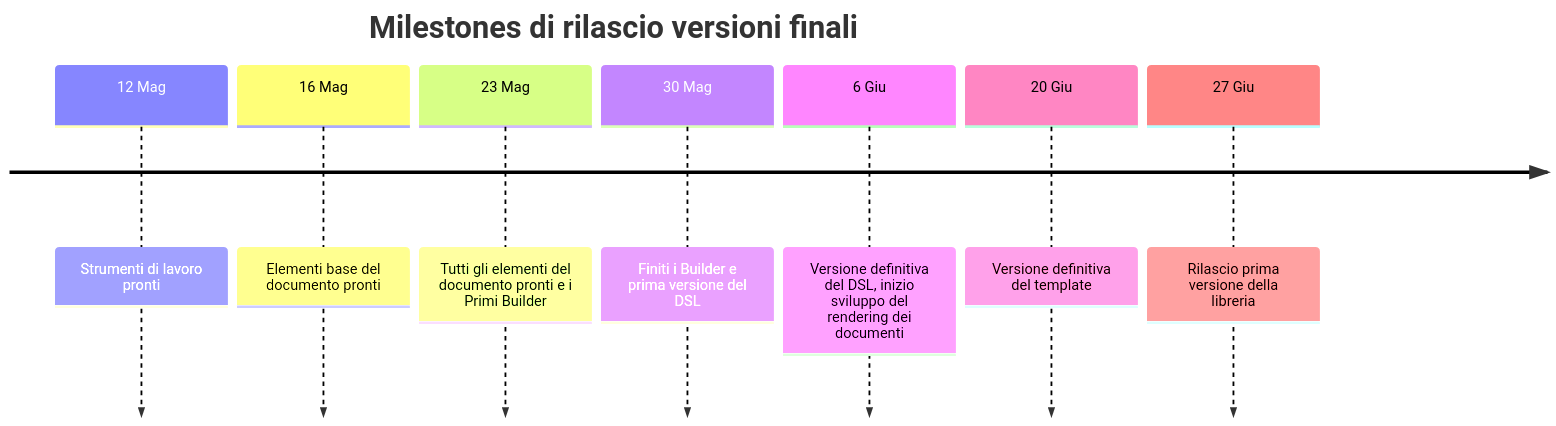
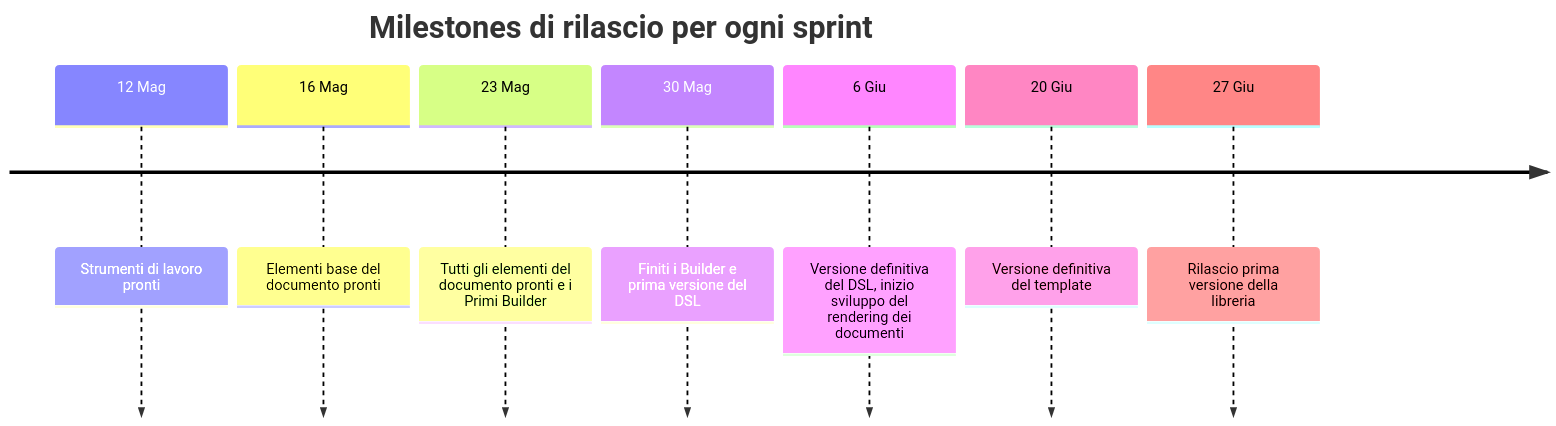
One commit to PM-Papyrus/PM-Papyrus changed the diagram in process/Allegato-5.md. Above: the diagram before and after it, drawn with Mermaid. The commit also changed 1 other file, not shown here.

````diff
--- a/process/Allegato-5.md
+++ b/process/Allegato-5.md
@@ -11,11 +11,11 @@
 ```mermaid
 timeline
-    title Milestones di rilascio versioni finali
+    title Milestones di rilascio per ogni sprint
     12 Mag : Strumenti di lavoro pronti
     16 Mag : Elementi base del documento pronti
     23 Mag : Tutti gli elementi del documento pronti e i Primi Builder
     30 Mag : Finiti i Builder e prima versione del DSL
     6 Giu : Versione definitiva del DSL, inizio sviluppo del rendering dei documenti
     20 Giu : Versione definitiva del template
     27 Giu : Rilascio prima versione della libreria
 ```
````
